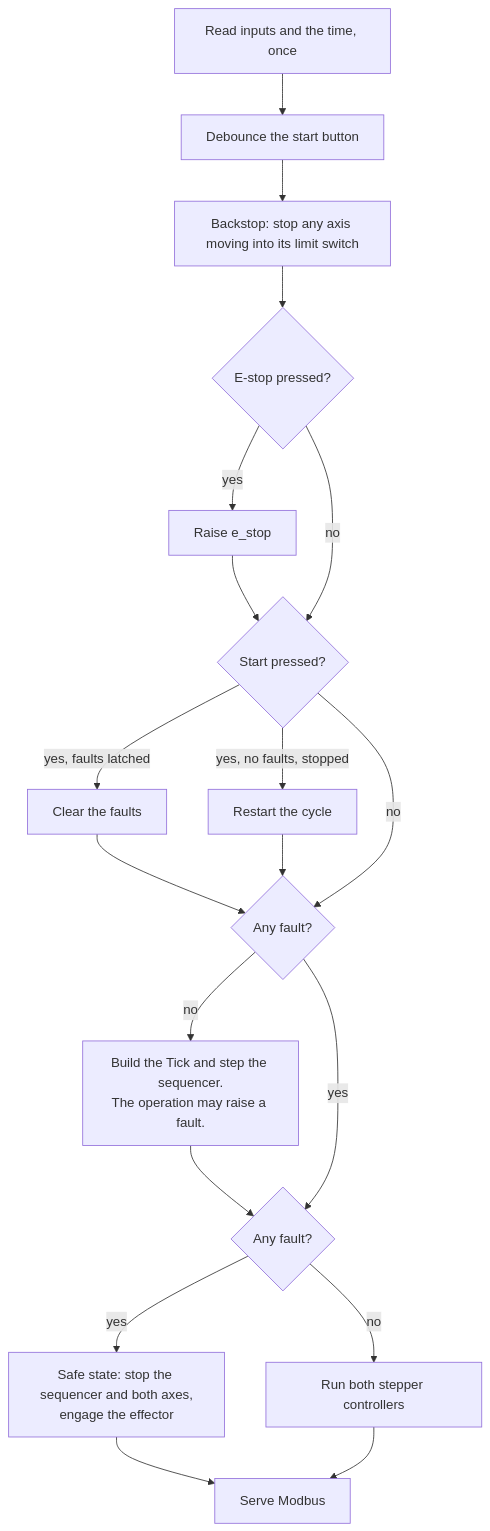
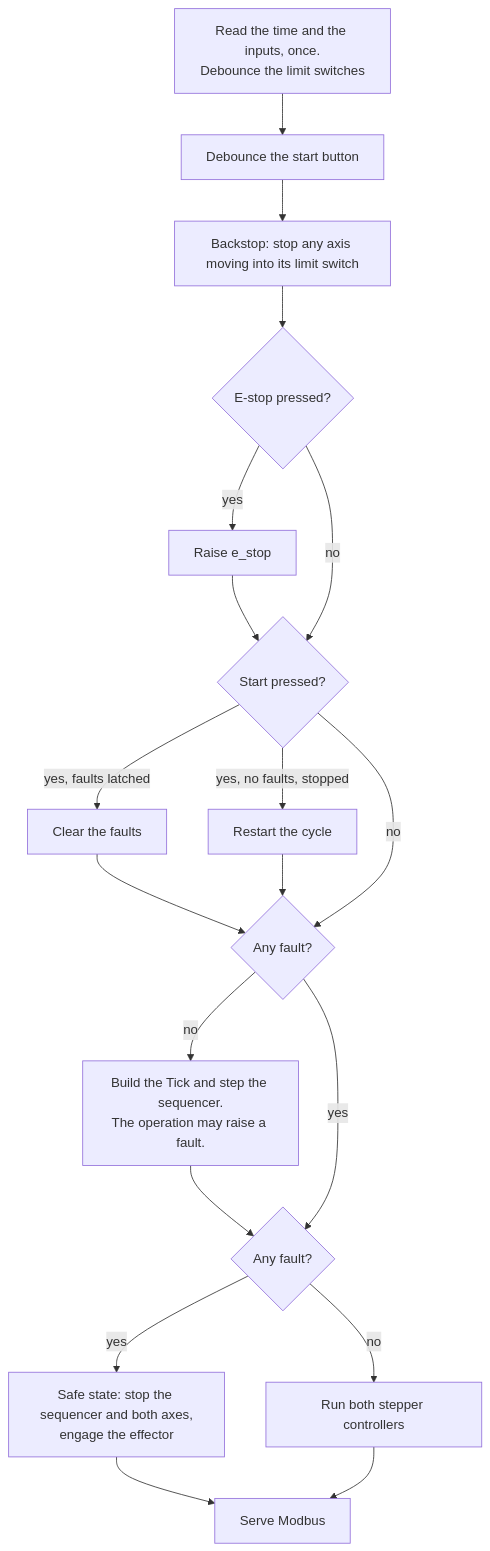
One commit to josuebouchard/safe-dip-firmware changed the second of 2 diagrams in App/README.md. Above: the diagram before and after it, drawn with Mermaid. The commit also changed 4 other files, not shown here.

First line of the commit message:
docs: match the docs and monitor to the tuned travel and the limit debounce

````diff
--- a/App/README.md
+++ b/App/README.md
@@ -62,18 +62,18 @@
 ```mermaid
 flowchart TD
-    A["Read inputs and the time, once"] --> B["Debounce the start button"]
+    A["Read the time and the inputs, once.<br/>Debounce the limit switches"] --> B["Debounce the start button"]
     B --> C["Backstop: stop any axis moving into its limit switch"]
     C --> D{"E-stop pressed?"}
     D -- yes --> D1["Raise e_stop"] --> E
     D -- no --> E{"Start pressed?"}
     E -- "yes, faults latched" --> E1["Clear the faults"] --> F
     E -- "yes, no faults, stopped" --> E2["Restart the cycle"] --> F
     E -- no --> F{"Any fault?"}
     F -- no --> G["Build the Tick and step the sequencer.<br/>The operation may raise a fault."]
     G --> H{"Any fault?"}
     F -- yes --> H
     H -- yes --> I["Safe state: stop the sequencer and both axes,<br/>engage the effector"]
     H -- no --> J["Run both stepper controllers"]
     I --> K["Serve Modbus"]
     J --> K
 ```
````
